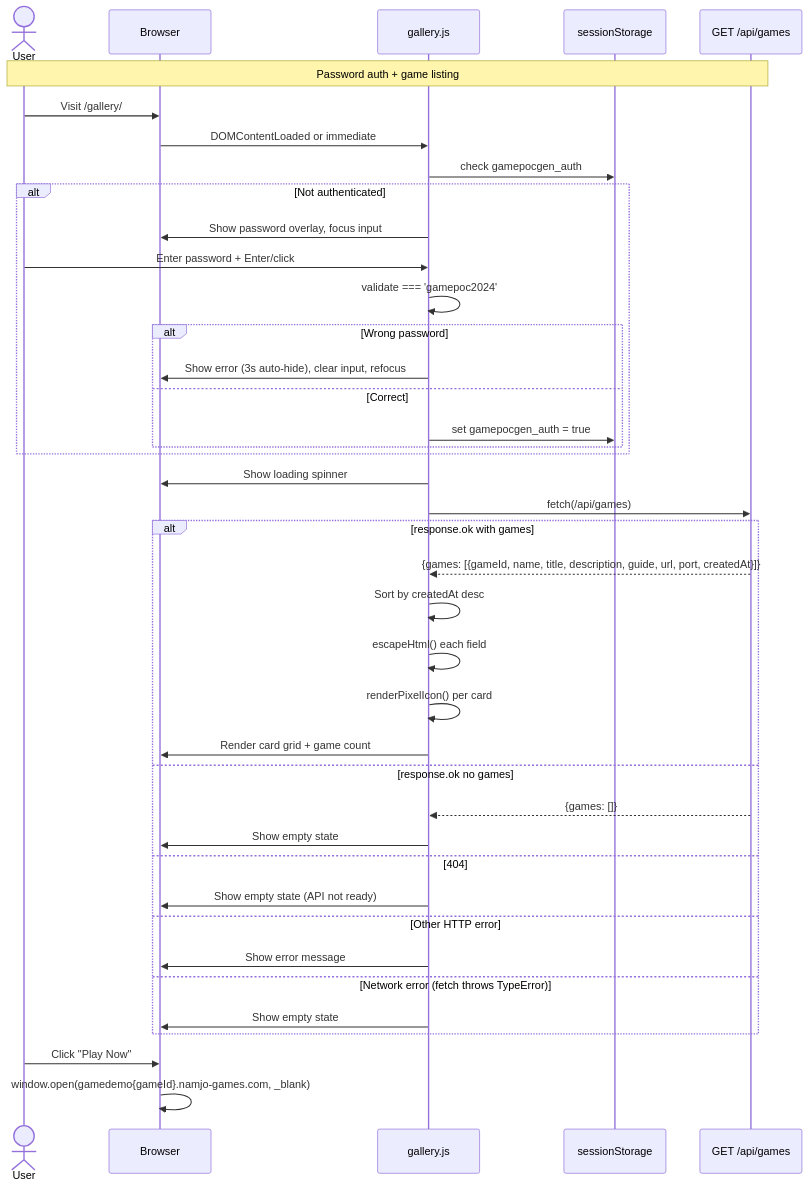
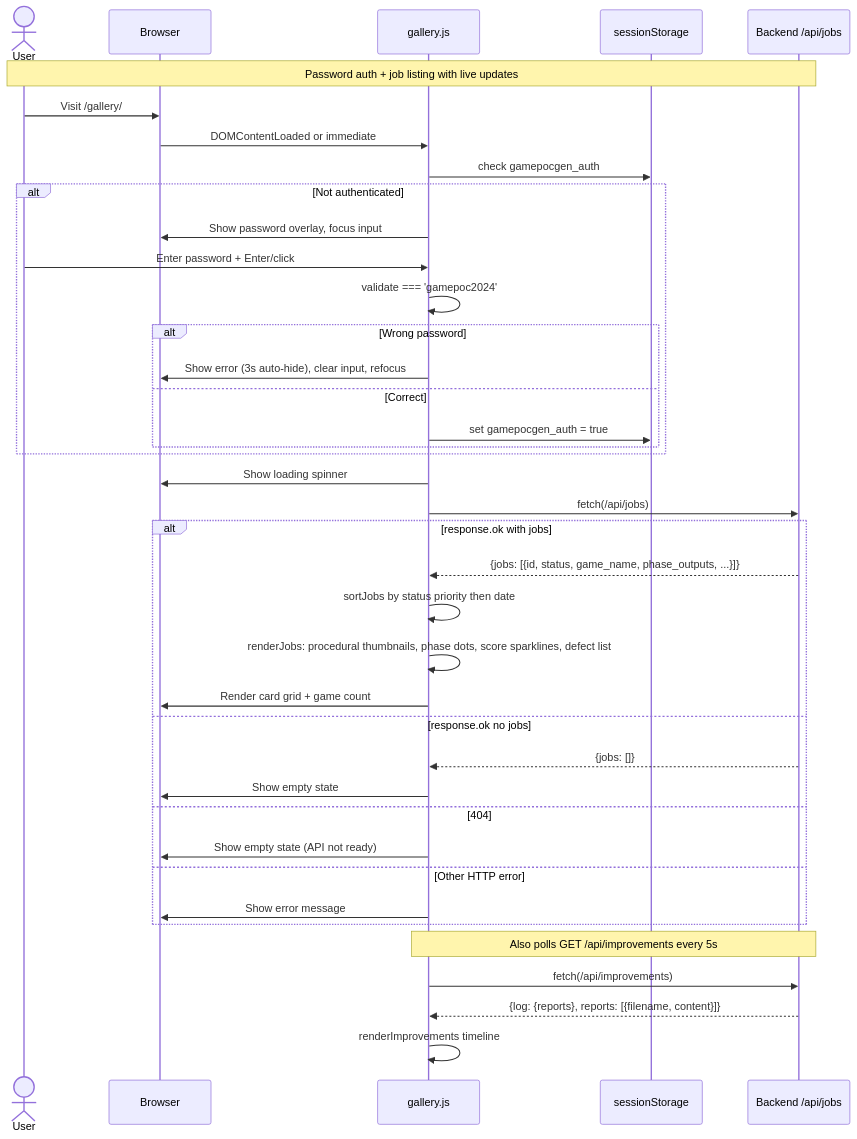
One commit to J-Gierend/gamePocGen changed the seventh of 9 diagrams in AI/document/02-user-flows.md. Above: the diagram before and after it, drawn with Mermaid. The commit also changed other lines of this file and 5 other files, not shown here.

Commit message:
checkpoint before gallery and naming improvements

````diff
--- a/AI/document/02-user-flows.md
+++ b/AI/document/02-user-flows.md
@@ -262,46 +284,45 @@
 ```mermaid
 sequenceDiagram
     actor User
     participant Browser
     participant Gallery as gallery.js
     participant Session as sessionStorage
-    participant API as GET /api/games
+    participant API as Backend /api/jobs
 
-    Note over User,API: Password auth + game listing
+    Note over User,API: Password auth + job listing with live updates
     User->>Browser: Visit /gallery/
     Browser->>Gallery: DOMContentLoaded or immediate
     Gallery->>Session: check gamepocgen_auth
 
     alt Not authenticated
         Gallery->>Browser: Show password overlay, focus input
         User->>Gallery: Enter password + Enter/click
         Gallery->>Gallery: validate === 'gamepoc2024'
         alt Wrong password
             Gallery->>Browser: Show error (3s auto-hide), clear input, refocus
         else Correct
             Gallery->>Session: set gamepocgen_auth = true
         end
     end
 
     Gallery->>Browser: Show loading spinner
-    Gallery->>API: fetch(/api/games)
-    alt response.ok with games
-        API-->>Gallery: {games: [{gameId, name, title, description, guide, url, port, createdAt}]}
-        Gallery->>Gallery: Sort by createdAt desc
-        Gallery->>Gallery: escapeHtml() each field
-        Gallery->>Gallery: renderPixelIcon() per card
+    Gallery->>API: fetch(/api/jobs)
+    alt response.ok with jobs
+        API-->>Gallery: {jobs: [{id, status, game_name, phase_outputs, ...}]}
+        Gallery->>Gallery: sortJobs by status priority then date
+        Gallery->>Gallery: renderJobs: procedural thumbnails, phase dots, score sparklines, defect list
         Gallery->>Browser: Render card grid + game count
-    else response.ok no games
-        API-->>Gallery: {games: []}
+    else response.ok no jobs
+        API-->>Gallery: {jobs: []}
         Gallery->>Browser: Show empty state
     else 404
         Gallery->>Browser: Show empty state (API not ready)
     else Other HTTP error
         Gallery->>Browser: Show error message
-    else Network error (fetch throws TypeError)
-        Gallery->>Browser: Show empty state
     end
 
-    User->>Browser: Click "Play Now"
-    Browser->>Browser: window.open(gamedemo{gameId}.namjo-games.com, _blank)
+    Note over Gallery,API: Also polls GET /api/improvements every 5s
+    Gallery->>API: fetch(/api/improvements)
+    API-->>Gallery: {log: {reports}, reports: [{filename, content}]}
+    Gallery->>Gallery: renderImprovements timeline
 ```
````
